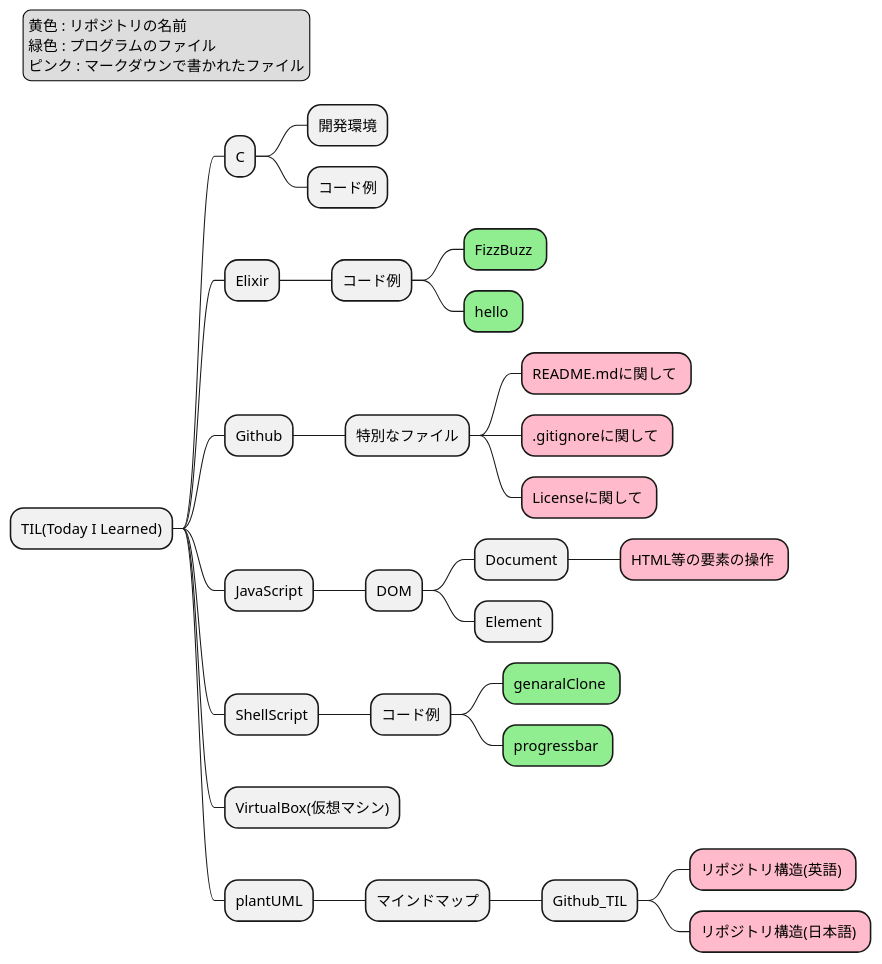
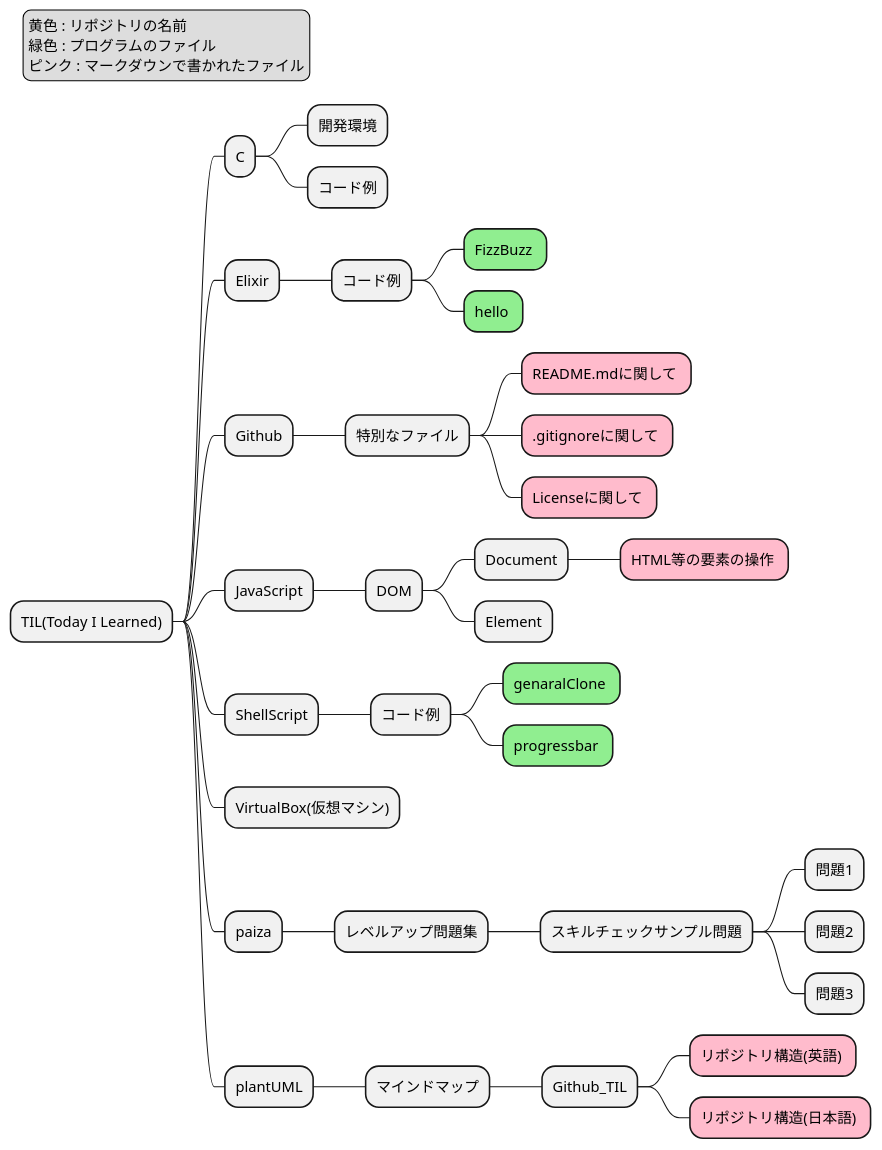
The diagram in plantUML/MindMap/Github_TIL/RepositoryStructureJ.puml (sudo-roa/TIL), drawn with PlantUML before and after one commit. The commit also changed 12 other files, not shown here.

```diff
--- a/plantUML/MindMap/Github_TIL/RepositoryStructureJ.puml
+++ b/plantUML/MindMap/Github_TIL/RepositoryStructureJ.puml
@@ -1,57 +1,64 @@
 @startmindmap RepositoryStructureJ
 
 <style>
 mindmapDiagram {
   .green {
     BackgroundColor #90ee90
   }
   .rose {
     BackgroundColor #FFBBCC
   }
 }
 </style>
 
 * TIL(Today I Learned)
 
 ** C
 *** 開発環境
 *** コード例
 
 ** Elixir
 *** コード例
 **** FizzBuzz <<green>>
 **** hello <<green>>
 
 ** Github
 *** 特別なファイル
 **** README.mdに関して <<rose>>
 **** .gitignoreに関して <<rose>>
 **** Licenseに関して <<rose>>
 
 ** JavaScript
 *** DOM
 **** Document
 ***** HTML等の要素の操作 <<rose>>
 **** Element
 
 ** ShellScript
 *** コード例
 **** genaralClone <<green>>
 **** progressbar <<green>>
 
 ** VirtualBox(仮想マシン)
 
+** paiza
+*** レベルアップ問題集
+**** スキルチェックサンプル問題
+***** 問題1
+***** 問題2
+***** 問題3
+
 ** plantUML
 *** マインドマップ
 **** Github_TIL
 ***** リポジトリ構造(英語) <<rose>>
 ***** リポジトリ構造(日本語) <<rose>>
 
 
 legend top left
     黄色 : リポジトリの名前
     緑色 : プログラムのファイル
     ピンク : マークダウンで書かれたファイル
 endlegend
 
 @endmindmap
```
